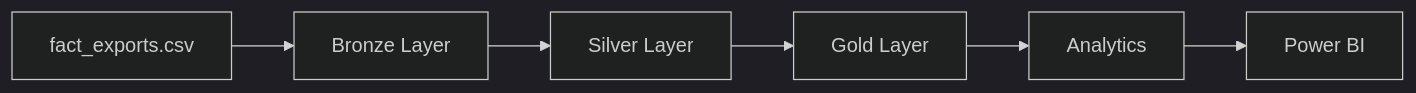
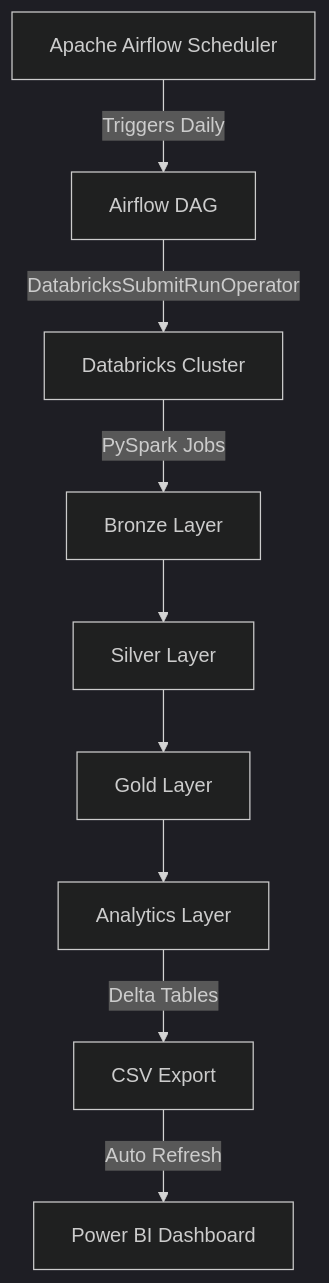
Before and after one commit to Shivam-Motwani/Chubb-Assignments: the first of 2 diagrams in capstone/README.md, drawn with Mermaid (dark theme). The commit also changed other lines of this file and 10 other files, not shown here.

Commit message:
Integrate Airflow with Databricks for automated pipeline execution

````diff
--- a/capstone/README.md
+++ b/capstone/README.md
@@ -91,8 +97,11 @@
 ```mermaid
-graph LR
-    A[fact_exports.csv] --> B[Bronze Layer]
-    B --> C[Silver Layer]
-    C --> D[Gold Layer]
-    D --> E[Analytics]
-    E --> F[Power BI]
+graph TD
+    A[Apache Airflow Scheduler] -->|Triggers Daily| B[Airflow DAG]
+    B -->|DatabricksSubmitRunOperator| C[Databricks Cluster]
+    C -->|PySpark Jobs| D[Bronze Layer]
+    D --> E[Silver Layer]
+    E --> F[Gold Layer]
+    F --> G[Analytics Layer]
+    G -->|Delta Tables| H[CSV Export]
+    H -->|Auto Refresh| I[Power BI Dashboard]
 ```
````
